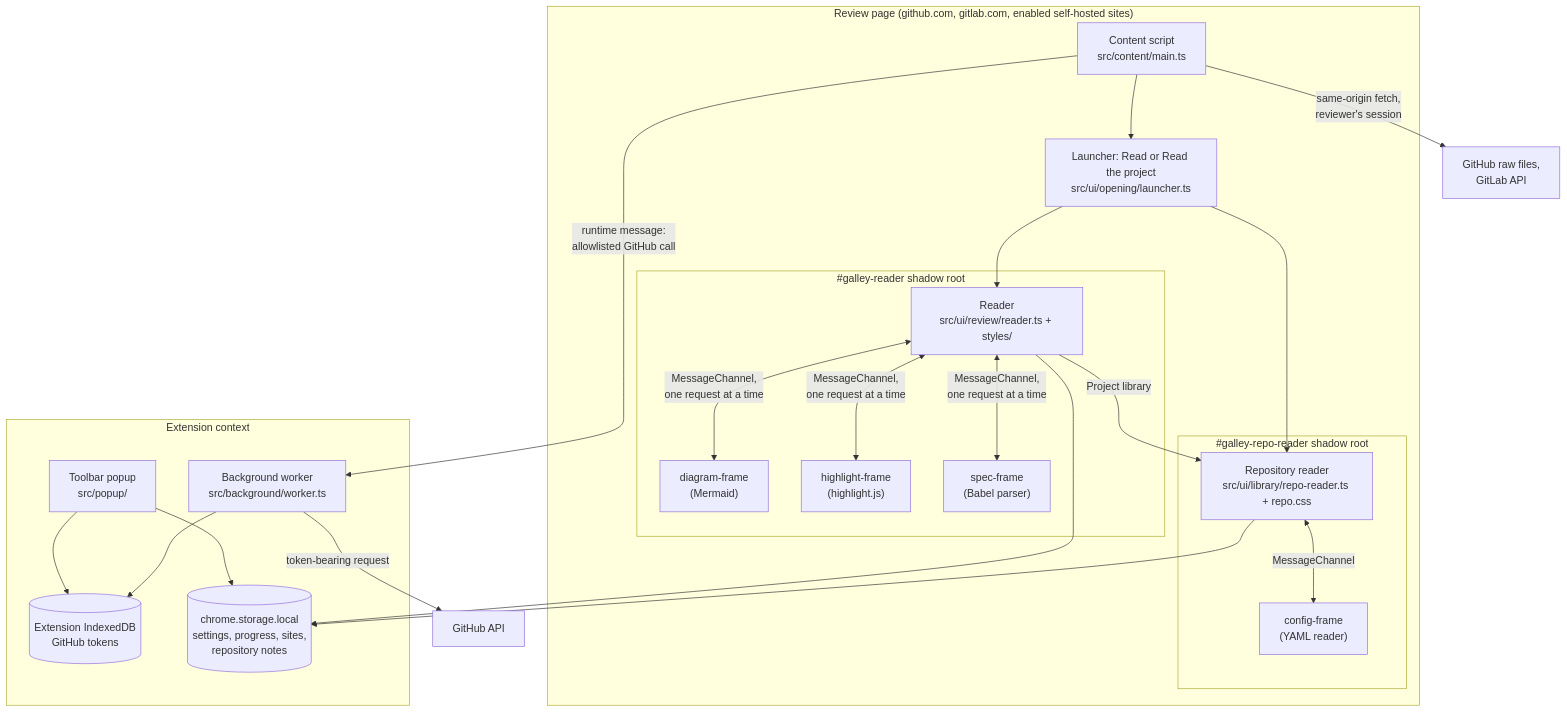
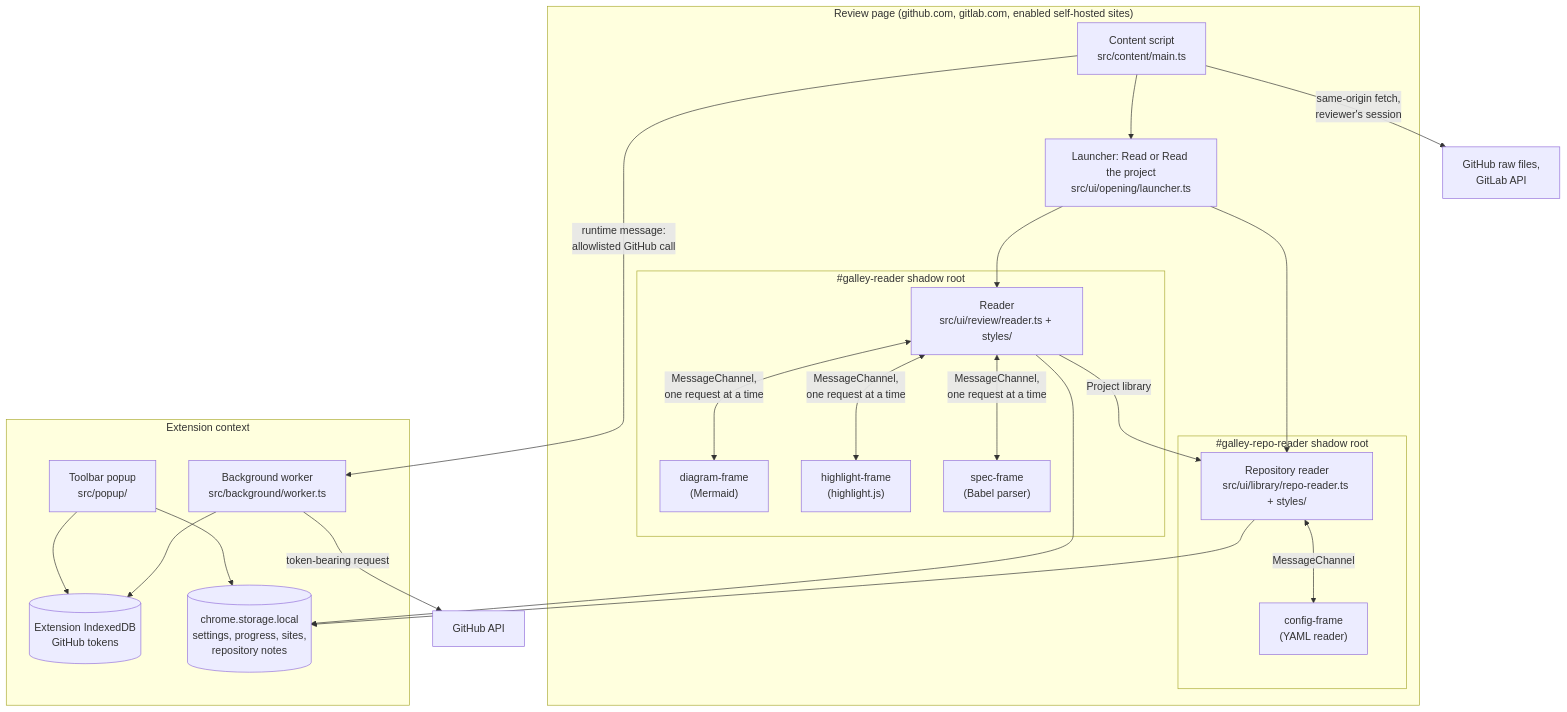
The second of 5 diagrams in docs/architecture/README.md (m9sh/galley), drawn with Mermaid before and after one commit. The commit also changed other lines of this file and 26 other files, not shown here.

First line of the commit message:
refactor(library): split repo.css and the demo's project map styles

````diff
--- a/docs/architecture/README.md
+++ b/docs/architecture/README.md
@@ -31,36 +31,36 @@
 ```mermaid
 flowchart TB
   subgraph Page["Review page (github.com, gitlab.com, enabled self-hosted sites)"]
     CS["Content script<br/>src/content/main.ts"]
     L["Launcher: Read or Read the project<br/>src/ui/opening/launcher.ts"]
     subgraph Shadow["#galley-reader shadow root"]
       RD["Reader<br/>src/ui/review/reader.ts + styles/"]
       DF["diagram-frame<br/>(Mermaid)"]
       HF["highlight-frame<br/>(highlight.js)"]
       SF["spec-frame<br/>(Babel parser)"]
     end
     subgraph RepoShadow["#galley-repo-reader shadow root"]
-      RR["Repository reader<br/>src/ui/library/repo-reader.ts + repo.css"]
+      RR["Repository reader<br/>src/ui/library/repo-reader.ts + styles/"]
       CF["config-frame<br/>(YAML reader)"]
     end
   end
   subgraph Ext["Extension context"]
     W["Background worker<br/>src/background/worker.ts"]
     PU["Toolbar popup<br/>src/popup/"]
     DB[("Extension IndexedDB<br/>GitHub tokens")]
     ST[("chrome.storage.local<br/>settings, progress, sites,<br/>repository notes")]
   end
   CS --> L --> RD
   L --> RR
   RD -- "Project library" --> RR
   RD <-- "MessageChannel,<br/>one request at a time" --> DF & HF & SF
   RR <-- "MessageChannel" --> CF
   RR --> ST
   CS -- "runtime message:<br/>allowlisted GitHub call" --> W
   W --> DB
   PU --> DB
   PU --> ST
   RD --> ST
   W -- "token-bearing request" --> GH["GitHub API"]
   CS -- "same-origin fetch,<br/>reviewer's session" --> PL["GitHub raw files,<br/>GitLab API"]
 ```
````
